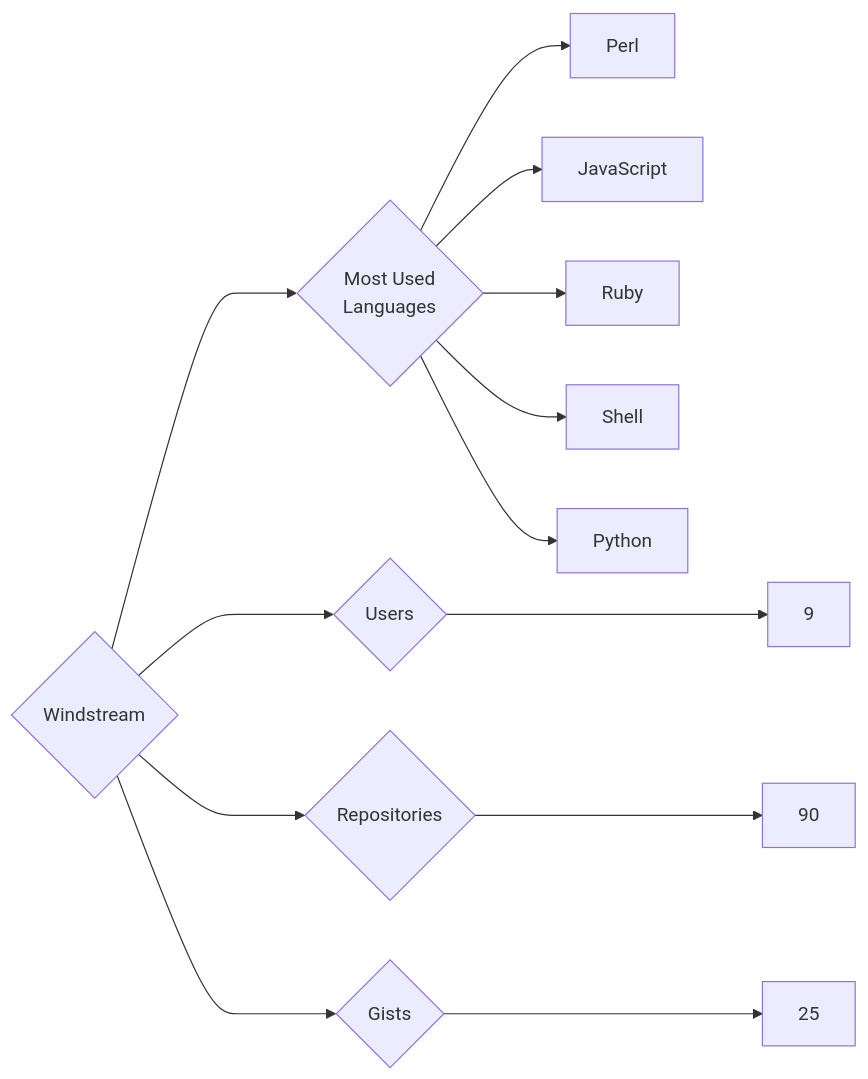
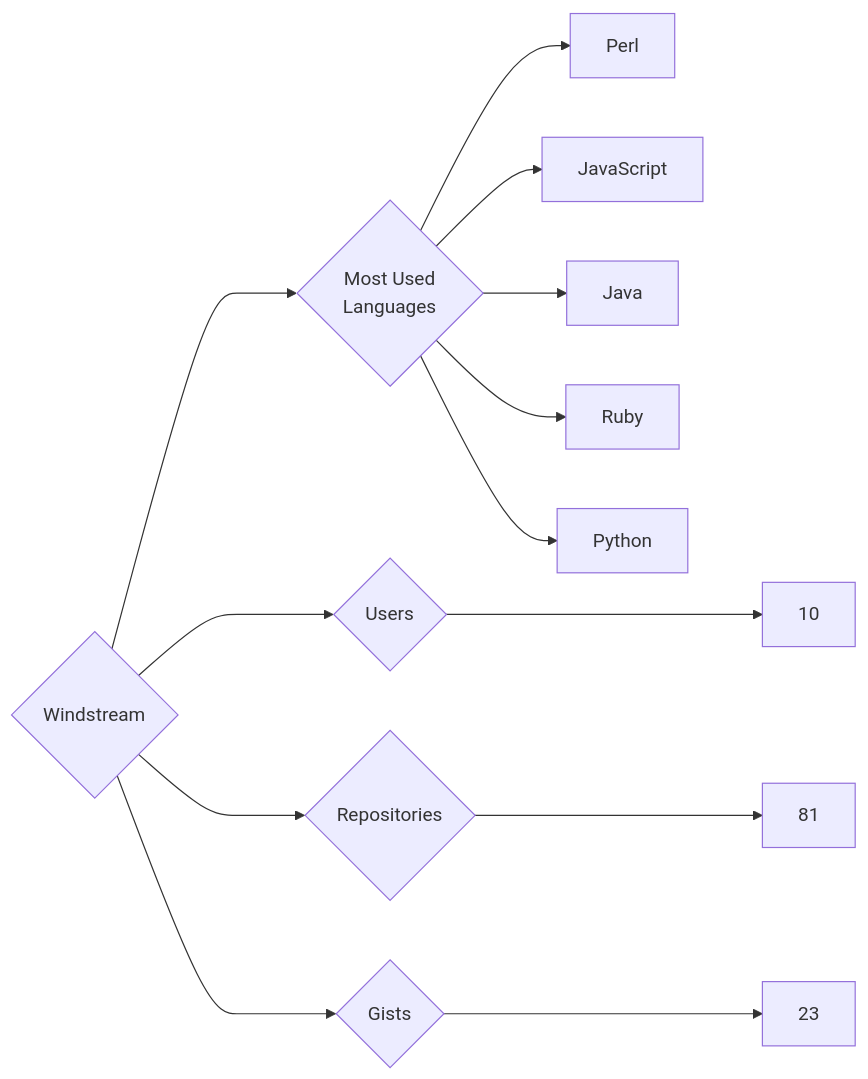
The diagram in targets/Windstream/README.md (trickest/insiders), drawn with Mermaid before and after one commit. The commit also changed 1479 other files, not shown here.

````diff
--- a/targets/Windstream/README.md
+++ b/targets/Windstream/README.md
@@ -3,13 +3,13 @@
 ```mermaid
 graph LR
 COMPANY_NAME{Windstream}
-COMPANY_NAME ---> U{Users} ---> UN[9]
-COMPANY_NAME ---> R{Repositories} ---> RN[90]
-COMPANY_NAME ---> G{Gists} ---> GN[25]
+COMPANY_NAME ---> U{Users} ---> UN[10]
+COMPANY_NAME ---> R{Repositories} ---> RN[81]
+COMPANY_NAME ---> G{Gists} ---> GN[23]
 COMPANY_NAME ---> ML{Most Used<br>Languages}
 ML --> Perl[Perl]
 ML --> JavaScript[JavaScript]
+ML --> Java[Java]
 ML --> Ruby[Ruby]
-ML --> Shell[Shell]
 ML --> Python[Python]
 ```
````
